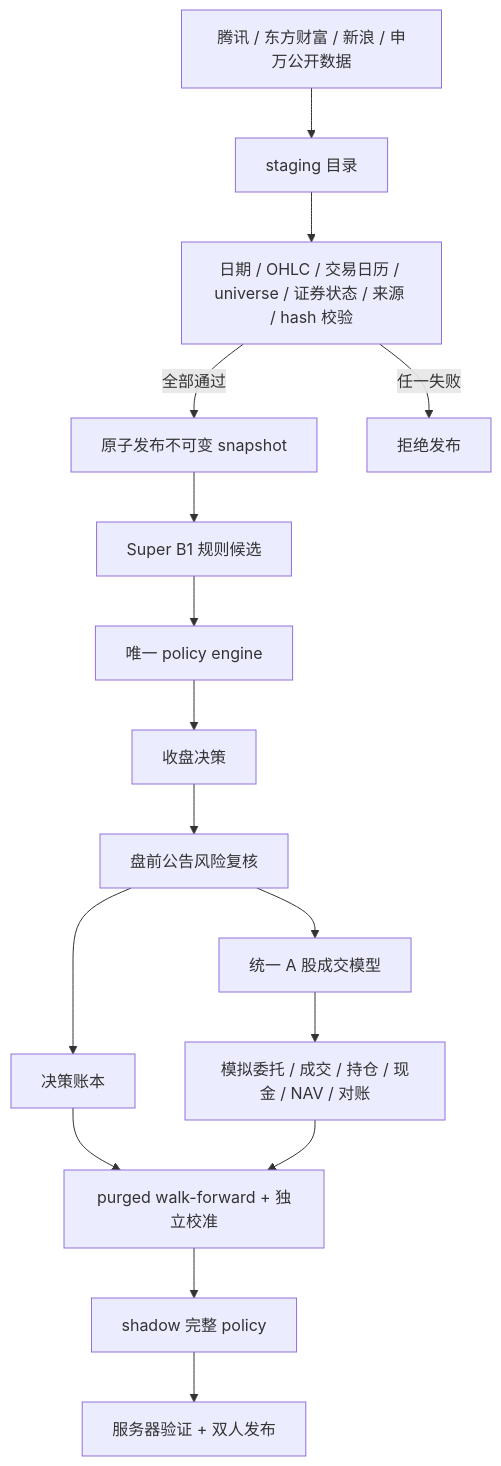
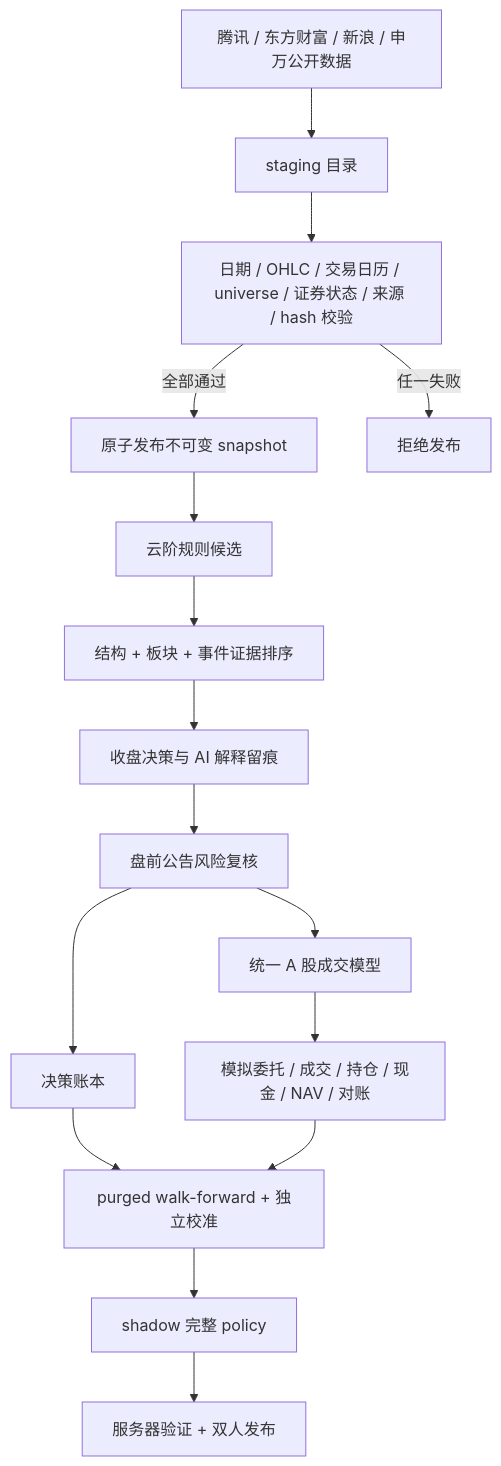
The diagram in docs/architecture.md (garyzheng0714-lang/a-share-quant-selector), drawn with Mermaid before and after one commit. The commit also changed other lines of this file and 13 other files, not shown here.

````diff
--- a/docs/architecture.md
+++ b/docs/architecture.md
@@ -7,18 +7,18 @@
 ```mermaid
 flowchart TD
     E["腾讯 / 东方财富 / 新浪 / 申万公开数据"] --> S["staging 目录"]
     S --> V["日期 / OHLC / 交易日历 / universe / 证券状态 / 来源 / hash 校验"]
     V -->|"全部通过"| P["原子发布不可变 snapshot"]
     V -->|"任一失败"| X["拒绝发布"]
-    P --> B["Super B1 规则候选"]
-    B --> H["唯一 policy engine"]
-    H --> C["收盘决策"]
+    P --> B["云阶规则候选"]
+    B --> H["结构 + 板块 + 事件证据排序"]
+    H --> C["收盘决策与 AI 解释留痕"]
     C --> R["盘前公告风险复核"]
     R --> L["决策账本"]
     R --> T["统一 A 股成交模型"]
     T --> Q["模拟委托 / 成交 / 持仓 / 现金 / NAV / 对账"]
     L --> O["purged walk-forward + 独立校准"]
     Q --> O
     O --> G["shadow 完整 policy"]
     G --> A["服务器验证 + 双人发布"]
 ```
````
